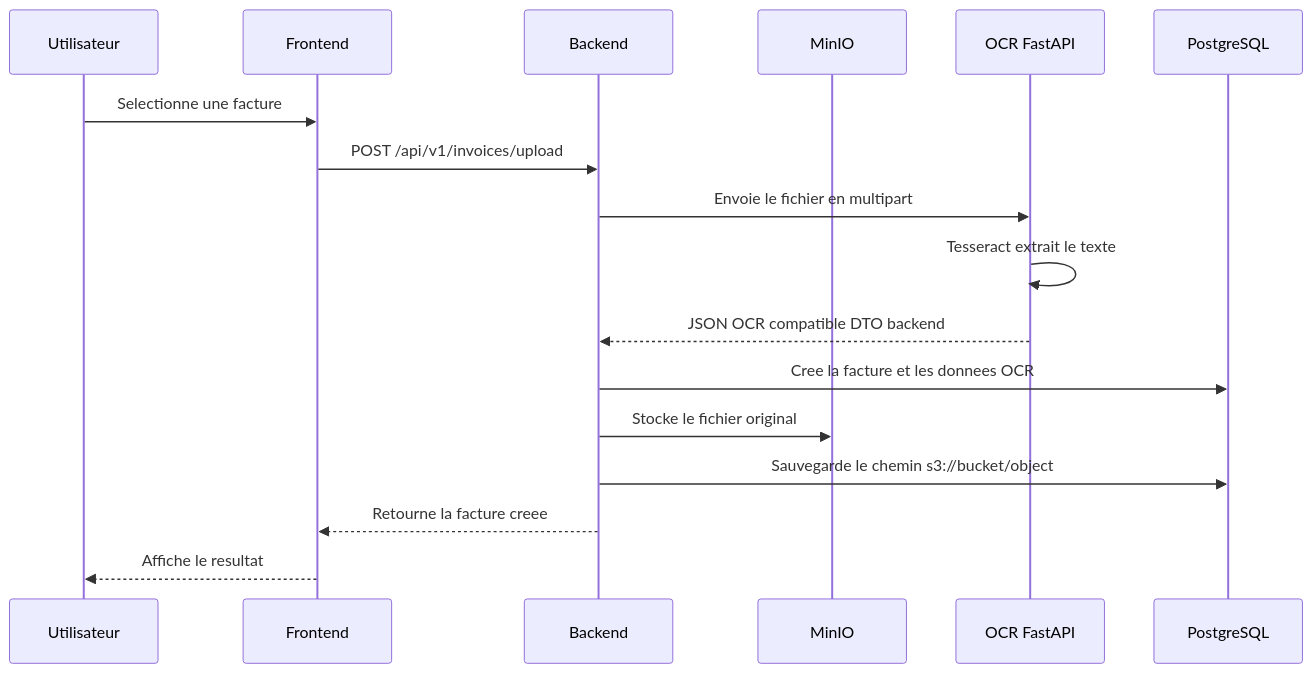
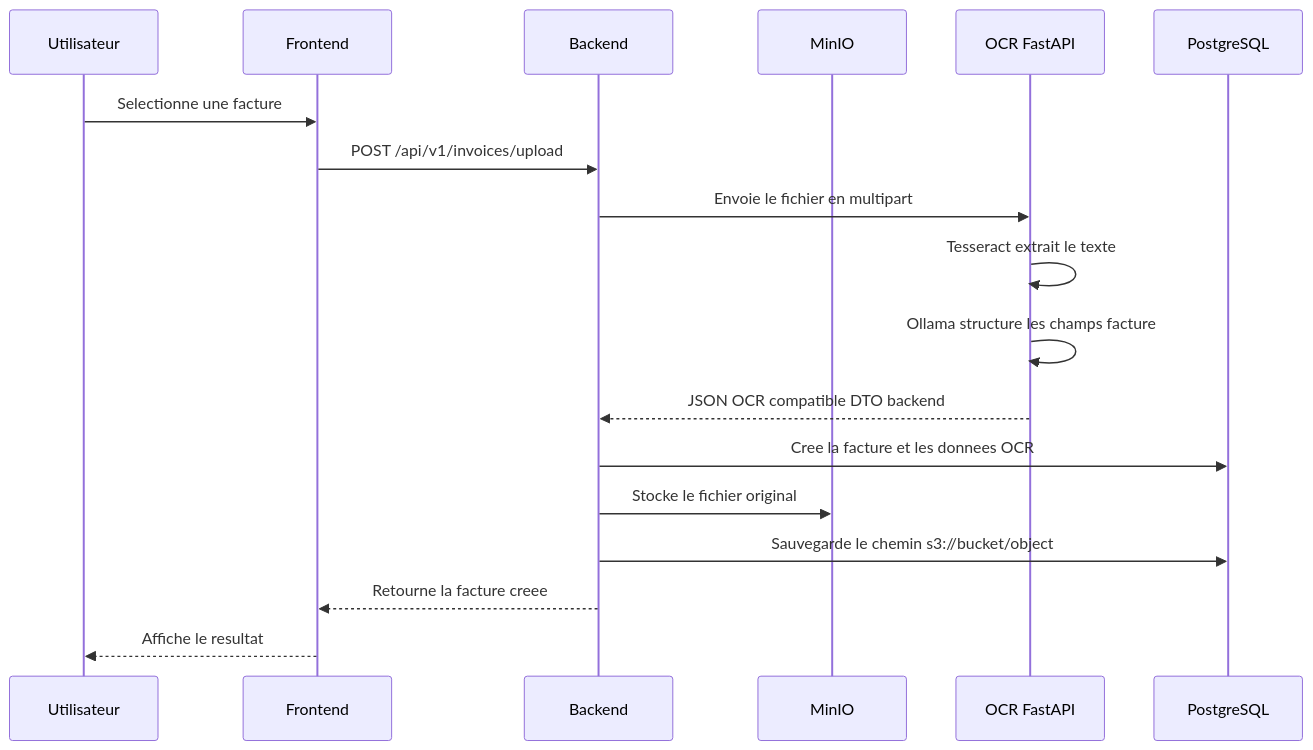
Before and after one commit to fil-rouge-docomptia/docomptia: the third of 4 diagrams in docs/architecture.md, drawn with Mermaid. The commit also changed other lines of this file and 16 other files, not shown here.

````diff
--- a/docs/architecture.md
+++ b/docs/architecture.md
@@ -90,20 +99,21 @@
 ```mermaid
 sequenceDiagram
     participant U as Utilisateur
     participant F as Frontend
     participant B as Backend
     participant S as MinIO
     participant O as OCR FastAPI
     participant DB as PostgreSQL
 
     U->>F: Selectionne une facture
     F->>B: POST /api/v1/invoices/upload
     B->>O: Envoie le fichier en multipart
     O->>O: Tesseract extrait le texte
+    O->>O: Ollama structure les champs facture
     O-->>B: JSON OCR compatible DTO backend
     B->>DB: Cree la facture et les donnees OCR
     B->>S: Stocke le fichier original
     B->>DB: Sauvegarde le chemin s3://bucket/object
     B-->>F: Retourne la facture creee
     F-->>U: Affiche le resultat
 ```
````
